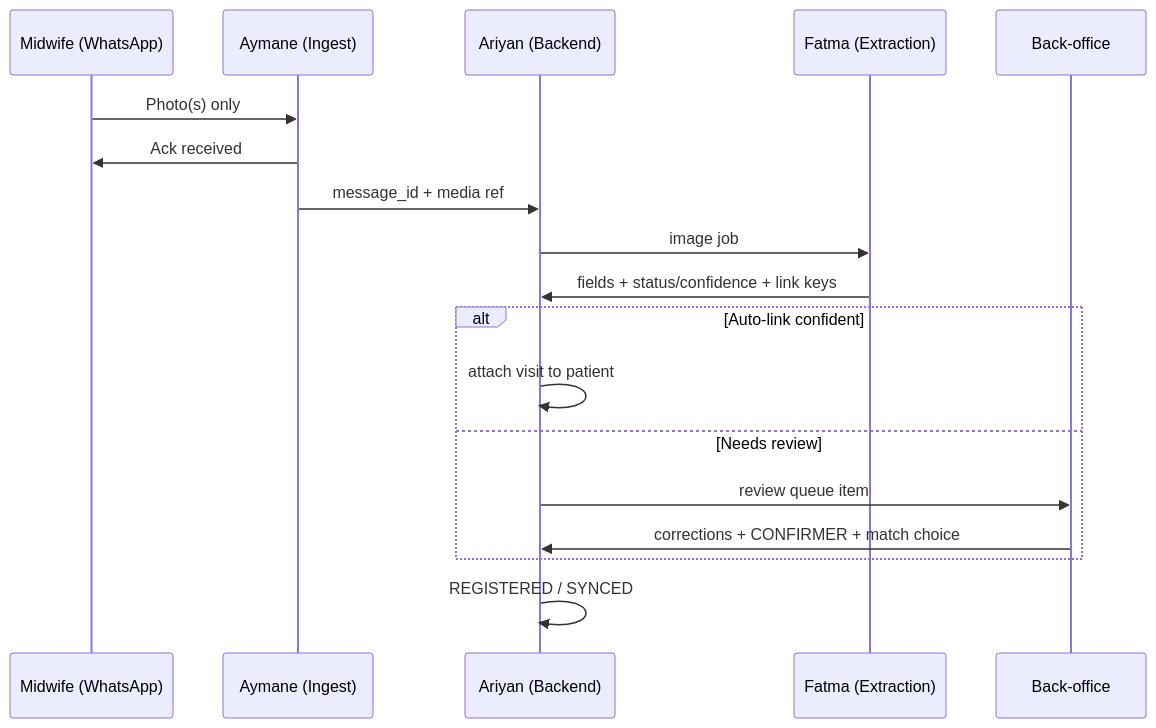
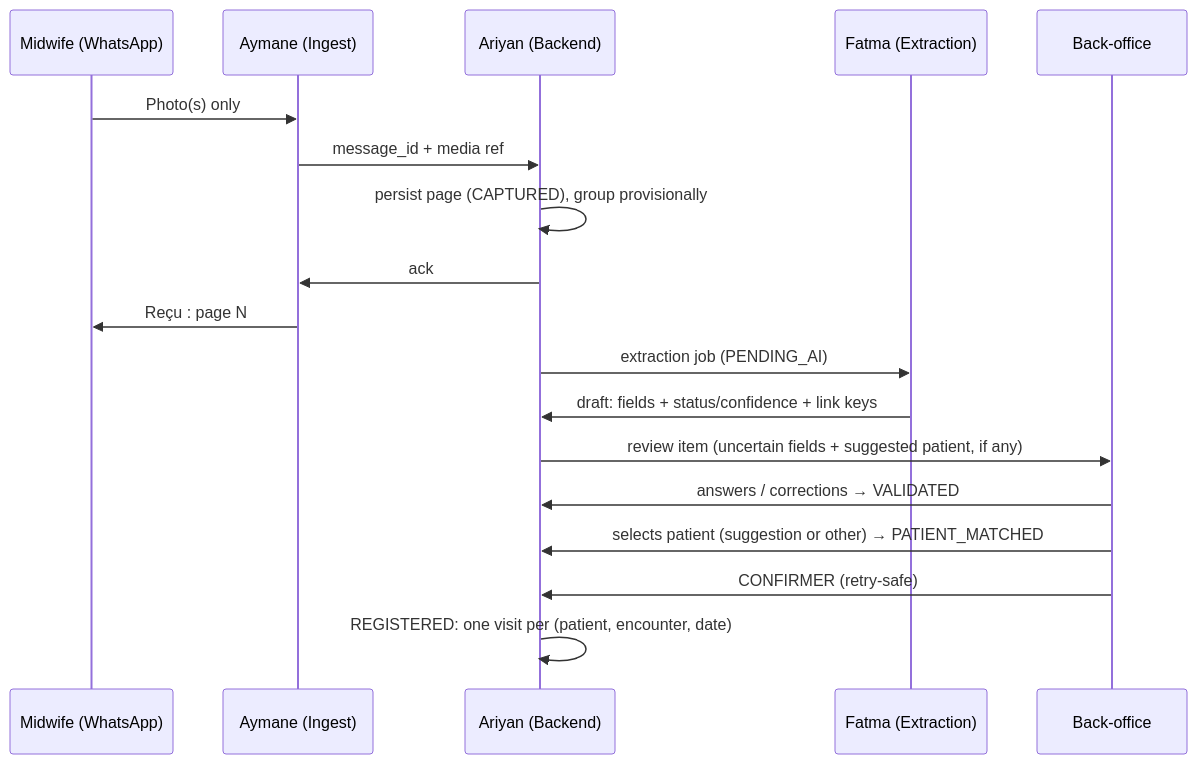
The diagram in tasks.md (Ariyan12005/MaternalData-Automation), drawn with Mermaid before and after one commit. The commit also changed other lines of this file and 21 other files, not shown here.

````diff
--- a/tasks.md
+++ b/tasks.md
@@ -63,21 +84,21 @@
 ```mermaid
 sequenceDiagram
   participant M as Midwife (WhatsApp)
   participant W as Aymane (Ingest)
   participant B as Ariyan (Backend)
   participant E as Fatma (Extraction)
   participant O as Back-office
 
   M->>W: Photo(s) only
-  W->>M: Ack received
   W->>B: message_id + media ref
-  B->>E: image job
-  E->>B: fields + status/confidence + link keys
-  alt Auto-link confident
-    B->>B: attach visit to patient
-  else Needs review
-    B->>O: review queue item
-    O->>B: corrections + CONFIRMER + match choice
-  end
-  B->>B: REGISTERED / SYNCED
+  B->>B: persist page (CAPTURED), group provisionally
+  B->>W: ack
+  W->>M: Reçu : page N
+  B->>E: extraction job (PENDING_AI)
+  E->>B: draft: fields + status/confidence + link keys
+  B->>O: review item (uncertain fields + suggested patient, if any)
+  O->>B: answers / corrections → VALIDATED
+  O->>B: selects patient (suggestion or other) → PATIENT_MATCHED
+  O->>B: CONFIRMER (retry-safe)
+  B->>B: REGISTERED: one visit per (patient, encounter, date)
 ```
````
